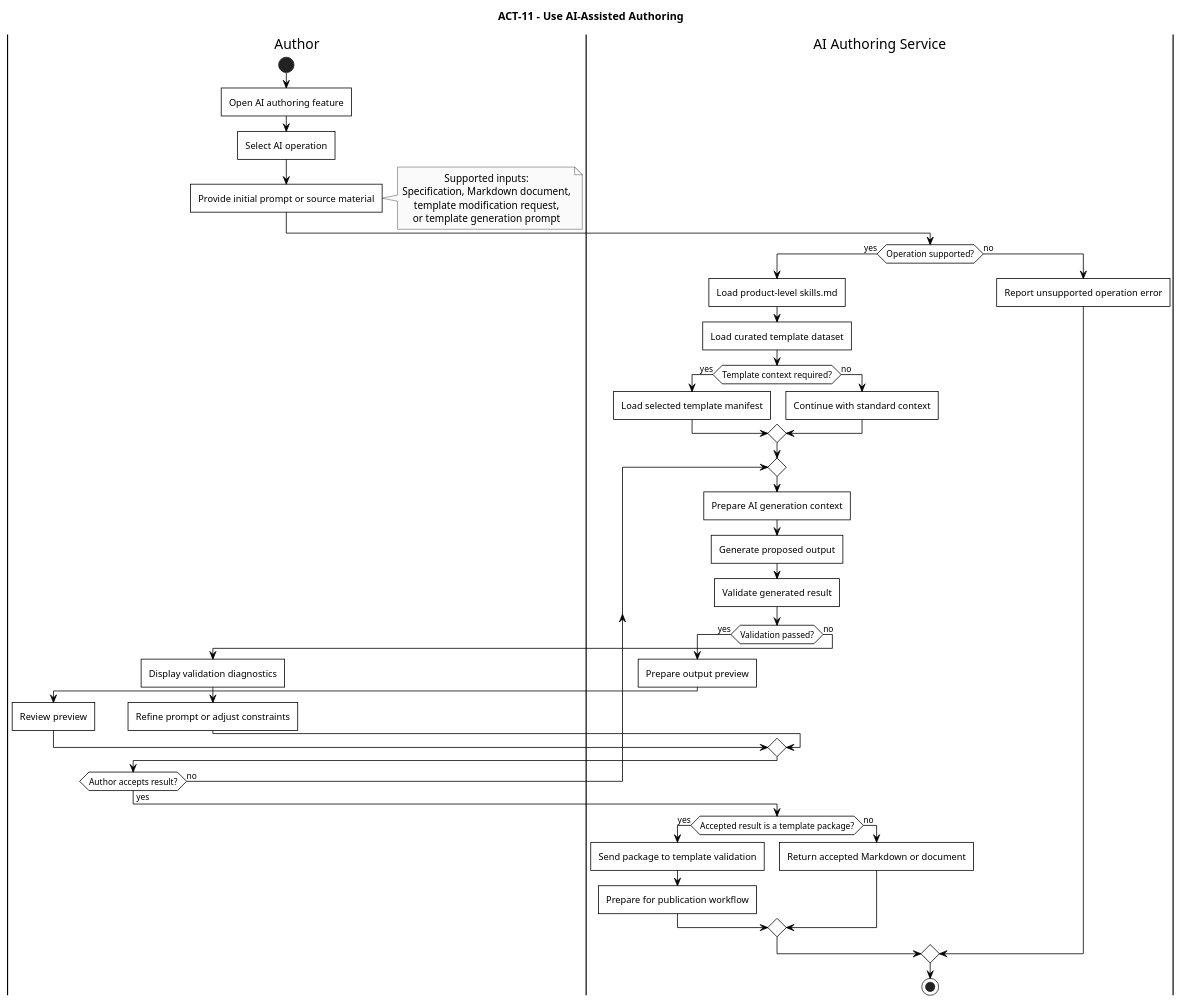
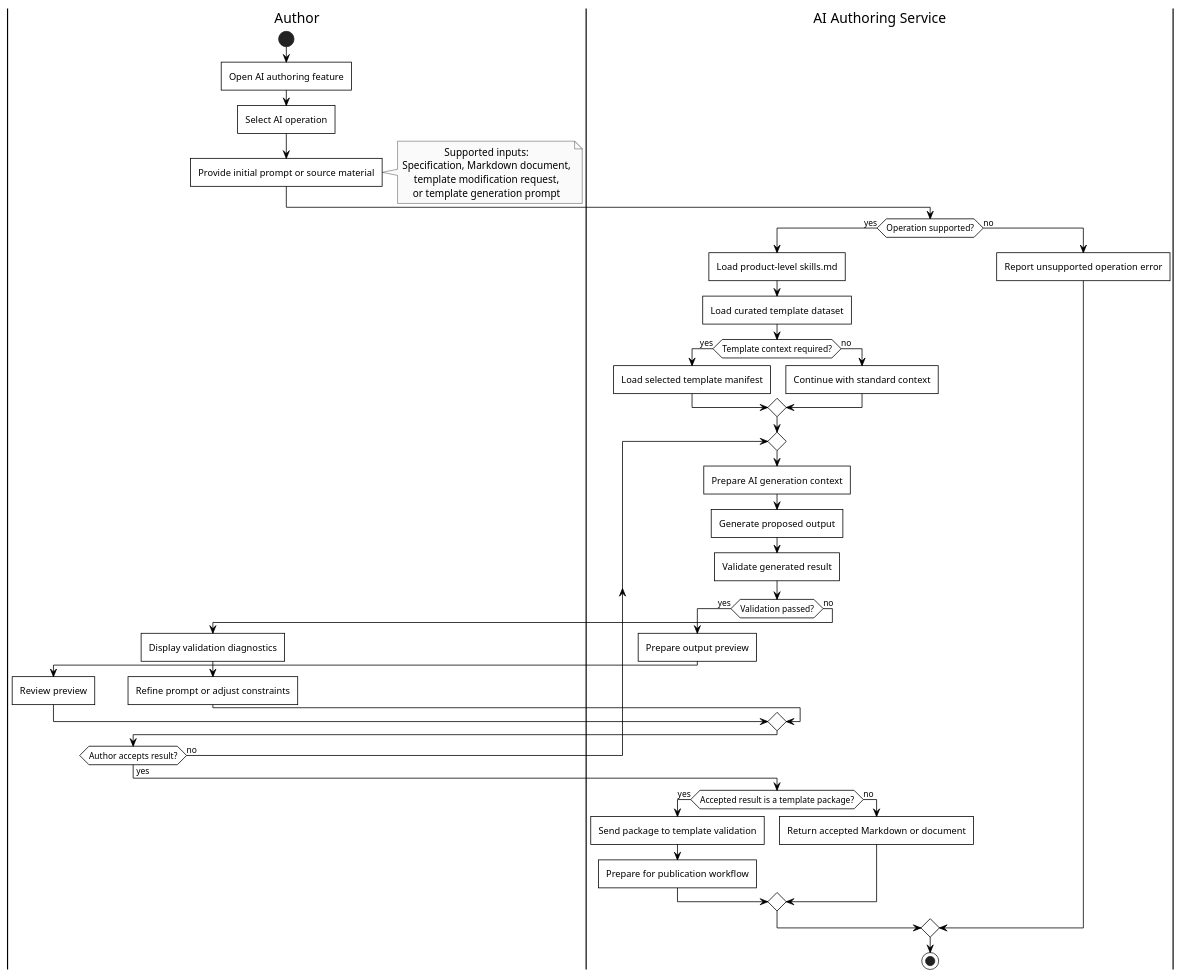
The diagram in diagrams/puml/activity/11-ai-authoring.puml (Litho-MD/uet-fyp-docs), drawn with PlantUML before and after one commit. The commit also changed 111 other files, not shown here.

First line of the commit message:
Add TikZ support for UML diagrams and refine document structure

```diff
--- a/diagrams/puml/activity/11-ai-authoring.puml
+++ b/diagrams/puml/activity/11-ai-authoring.puml
@@ -1,72 +1,71 @@
 @startuml
-title ACT-11 - Use AI-Assisted Authoring
 
 skinparam monochrome true
 skinparam backgroundColor white
 skinparam shadowing false
 skinparam roundCorner 0
 skinparam defaultTextAlignment center
 skinparam ArrowColor black
 skinparam defaultFontColor black
 skinparam activityBorderThickness 1
 skinparam activity {
     BackgroundColor white
     BorderColor black
     FontColor black
     DiamondBackgroundColor white
     DiamondBorderColor black
 }
 
 |Author|
 start
 :Open AI authoring feature;
 :Select AI operation;
 :Provide initial prompt or source material;
 note right
     Supported inputs:
     Specification, Markdown document,
     template modification request,
     or template generation prompt
 end note
 
 |AI Authoring Service|
 if (Operation supported?) then (yes)
     :Load product-level skills.md;
     :Load curated template dataset;
 
     if (Template context required?) then (yes)
         :Load selected template manifest;
     else (no)
         :Continue with standard context;
     endif
 
     repeat
         |AI Authoring Service|
         :Prepare AI generation context;
         :Generate proposed output;
         :Validate generated result;
 
         if (Validation passed?) then (yes)
             :Prepare output preview;
             |Author|
             :Review preview;
         else (no)
             :Display validation diagnostics;
             |Author|
             :Refine prompt or adjust constraints;
         endif
     repeat while (Author accepts result?) is (no) not (yes)
 
     |AI Authoring Service|
     if (Accepted result is a template package?) then (yes)
         :Send package to template validation;
         :Prepare for publication workflow;
     else (no)
         :Return accepted Markdown or document;
     endif
 else (no)
     :Report unsupported operation error;
 endif
 
 stop
 @enduml
```
